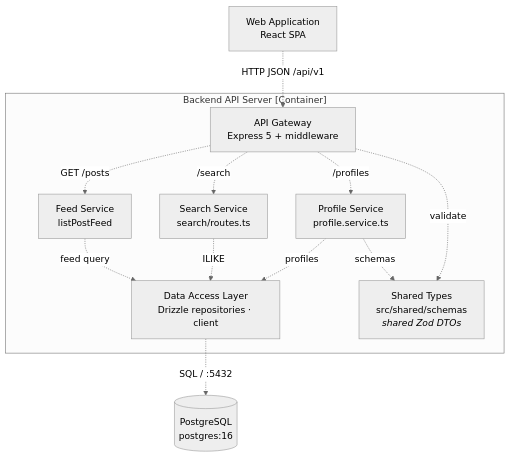
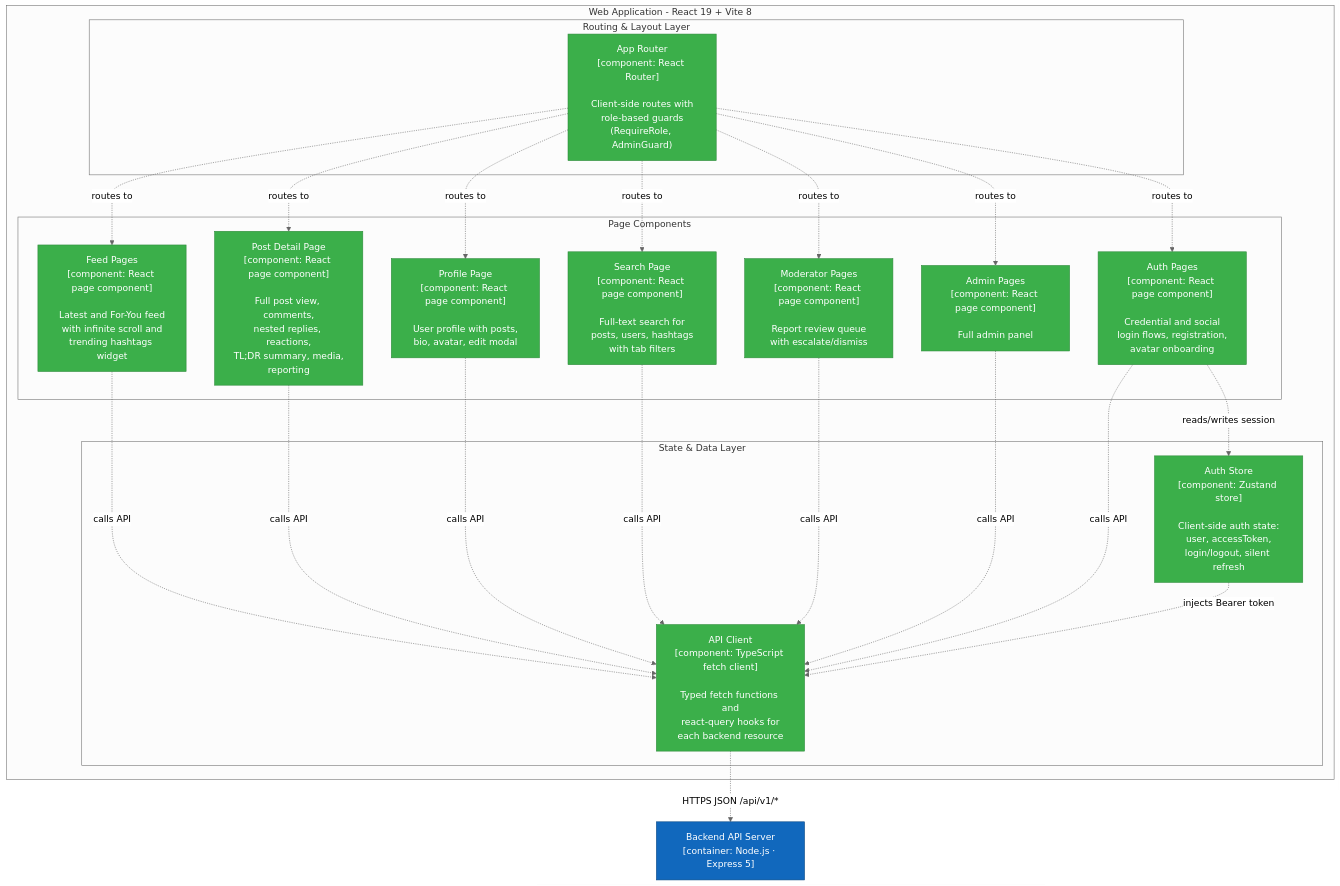
One commit to anvn12/FOZ changed the third of 5 diagrams in docs/01 - PA/PA4-Group06/PA4.md. Above: the diagram before and after it, drawn with Mermaid (neutral theme). The commit also changed other lines of this file, not shown here.

````diff
--- a/docs/01 - PA/PA4-Group06/PA4.md
+++ b/docs/01 - PA/PA4-Group06/PA4.md
@@ -231,29 +222,53 @@
 ```mermaid
 flowchart TD
-    WebAppBE["Web Application<br/>React SPA"]
-    DB_BE[("PostgreSQL<br/>postgres:16")]
+    API_EXT["Backend API Server<br/>[container: Node.js · Express 5]"]
 
-    subgraph BE["Backend API Server [Container]"]
-        Gateway["API Gateway<br/>Express 5 + middleware"]
-        Feed["Feed Service<br/>listPostFeed"]
-        Search["Search Service<br/>search/routes.ts"]
-        Profile["Profile Service<br/>profile.service.ts"]
-        DataAccess["Data Access Layer<br/>Drizzle repositories · client"]
-        Shared["Shared Types<br/>src/shared/schemas<br/><i>shared Zod DTOs</i>"]
+    subgraph spa ["Web Application - React 19 + Vite 8"]
+
+        subgraph routing ["Routing & Layout Layer"]
+            Router["App Router<br/>[component: React Router]<br/><br/>Client-side routes with<br/>role-based guards<br/>(RequireRole, AdminGuard)"]
+        end
+
+        subgraph pages ["Page Components"]
+            FeedPages["Feed Pages<br/>[component: React page component]<br/><br/>Latest and For-You feed<br/>with infinite scroll and<br/>trending hashtags widget"]
+            PostPage["Post Detail Page<br/>[component: React page component]<br/><br/>Full post view, comments,<br/>nested replies, reactions,<br/>TL;DR summary, media,<br/>reporting"]
+            ProfilePage["Profile Page<br/>[component: React page component]<br/><br/>User profile with posts,<br/>bio, avatar, edit modal"]
+            SearchPage["Search Page<br/>[component: React page component]<br/><br/>Full-text search for<br/>posts, users, hashtags<br/>with tab filters"]
+            AuthPages["Auth Pages<br/>[component: React page component]<br/><br/>Credential and social<br/>login flows, registration,<br/>avatar onboarding"]
+            ModPages["Moderator Pages<br/>[component: React page component]<br/><br/>Report review queue<br/>with escalate/dismiss"]
+            AdminPages["Admin Pages<br/>[component: React page component]<br/><br/>Full admin panel"]
+        end
+
+        subgraph state ["State & Data Layer"]
+            AuthStore["Auth Store<br/>[component: Zustand store]<br/><br/>Client-side auth state:<br/>user, accessToken,<br/>login/logout, silent refresh"]
+            APIClient["API Client<br/>[component: TypeScript fetch client]<br/><br/>Typed fetch functions and<br/>react-query hooks for<br/>each backend resource"]
+        end
     end
 
-    WebAppBE -. "HTTP JSON /api/v1" .-> Gateway
+    Router -. "routes to" .-> FeedPages
+    Router -. "routes to" .-> PostPage
+    Router -. "routes to" .-> ProfilePage
+    Router -. "routes to" .-> SearchPage
+    Router -. "routes to" .-> AuthPages
+    Router -. "routes to" .-> ModPages
+    Router -. "routes to" .-> AdminPages
 
-    Gateway -. "GET /posts" .-> Feed
-    Gateway -. "/search" .-> Search
-    Gateway -. "/profiles" .-> Profile
+    FeedPages -. "calls API" .-> APIClient
+    PostPage -. "calls API" .-> APIClient
+    ProfilePage -. "calls API" .-> APIClient
+    SearchPage -. "calls API" .-> APIClient
+    ModPages -. "calls API" .-> APIClient
+    AdminPages -. "calls API" .-> APIClient
+    AuthPages -. "reads/writes session" .-> AuthStore
+    AuthPages -. "calls API" .-> APIClient
 
-    Feed -. "feed query" .-> DataAccess
-    Search -. "ILIKE" .-> DataAccess
-    Profile -. "profiles" .-> DataAccess
+    AuthStore -. "injects Bearer token" .-> APIClient
+    APIClient -. "HTTPS JSON /api/v1/*" .-> API_EXT
 
-    DataAccess -. "SQL / :5432" .-> DB_BE
+    classDef system fill:#1168bd,stroke:#0b4884,color:#fff
+    classDef comp fill:#3baf4a,stroke:#2d8a3a,color:#fff
 
-    Gateway -. "validate" .-> Shared
-    Profile -. "schemas" .-> Shared
+    class API_EXT system
+    class Router,FeedPages,PostPage,ProfilePage,SearchPage,AuthPages,ModPages,AdminPages comp
+    class AuthStore,APIClient comp
 ```
````
